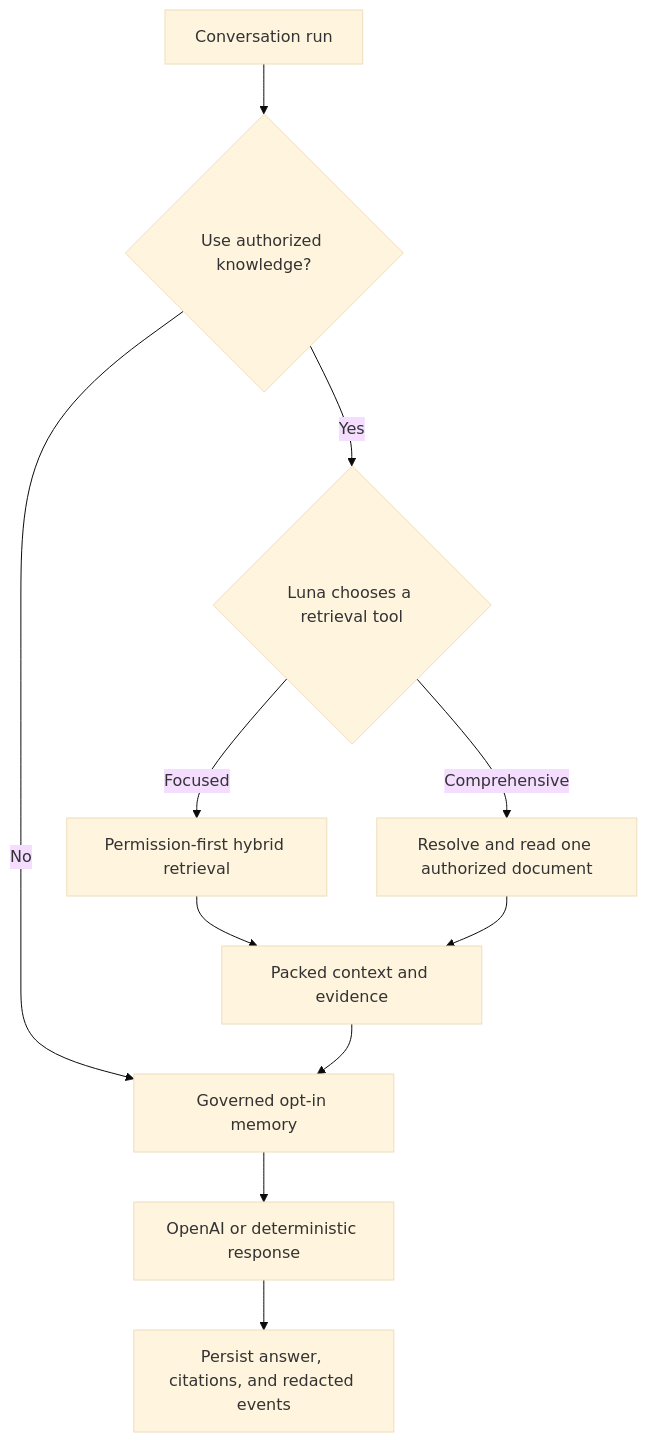
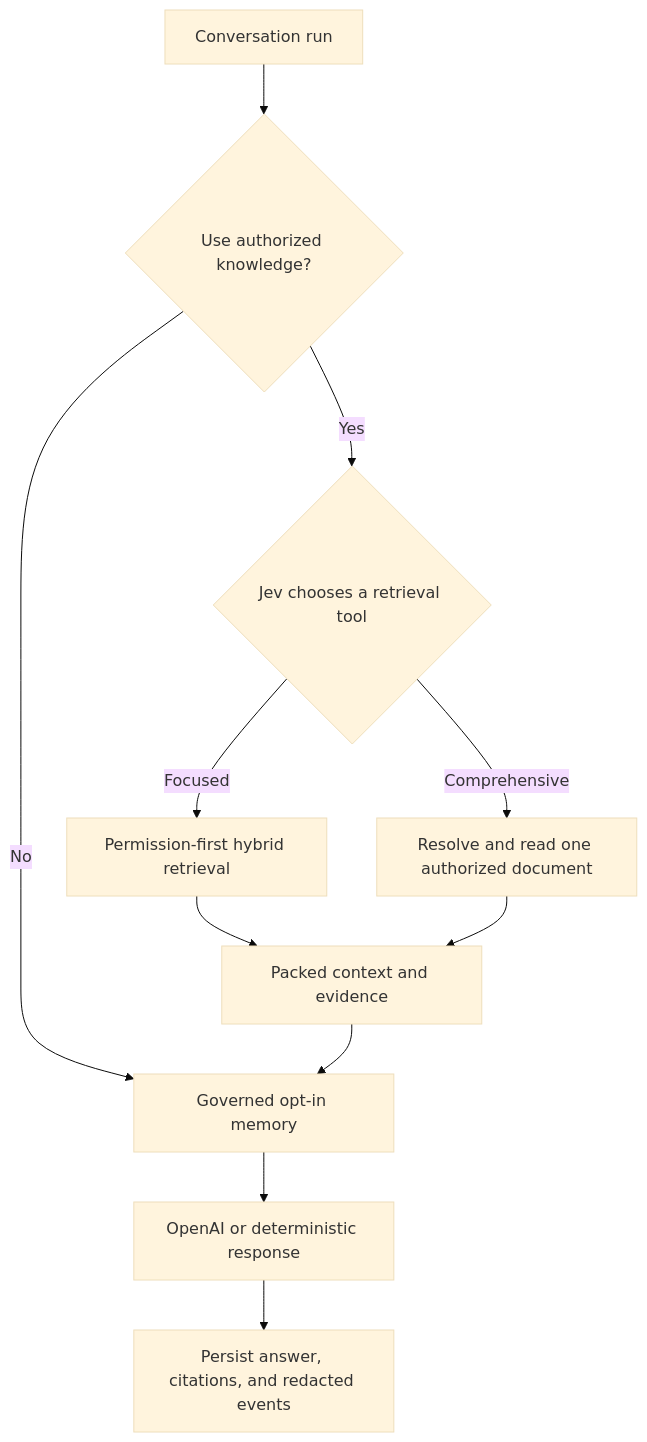
One commit to heecheon92/my-agents changed the second of 2 diagrams in README.en.md. Above: the diagram before and after it, drawn with Mermaid (base theme). The commit also changed other lines of this file and 29 other files, not shown here.

Commit message:
feat: use Jev for bounded retrieval decisions

````diff
--- a/README.en.md
+++ b/README.en.md
@@ -61,13 +61,13 @@
 ```mermaid
 flowchart TD
     Run["Conversation run"] --> Gate{"Use authorized knowledge?"}
     Gate -->|No| Memory["Governed opt-in memory"]
-    Gate -->|Yes| Choice{"Luna chooses a retrieval tool"}
+    Gate -->|Yes| Choice{"Jev chooses a retrieval tool"}
     Choice -->|Focused| Focused["Permission-first hybrid retrieval"]
     Choice -->|Comprehensive| Full["Resolve and read one authorized document"]
     Focused --> Context["Packed context and evidence"]
     Full --> Context
     Context --> Memory
     Memory --> Answer["OpenAI or deterministic response"]
     Answer --> Audit["Persist answer, citations, and redacted events"]
 ```
````
